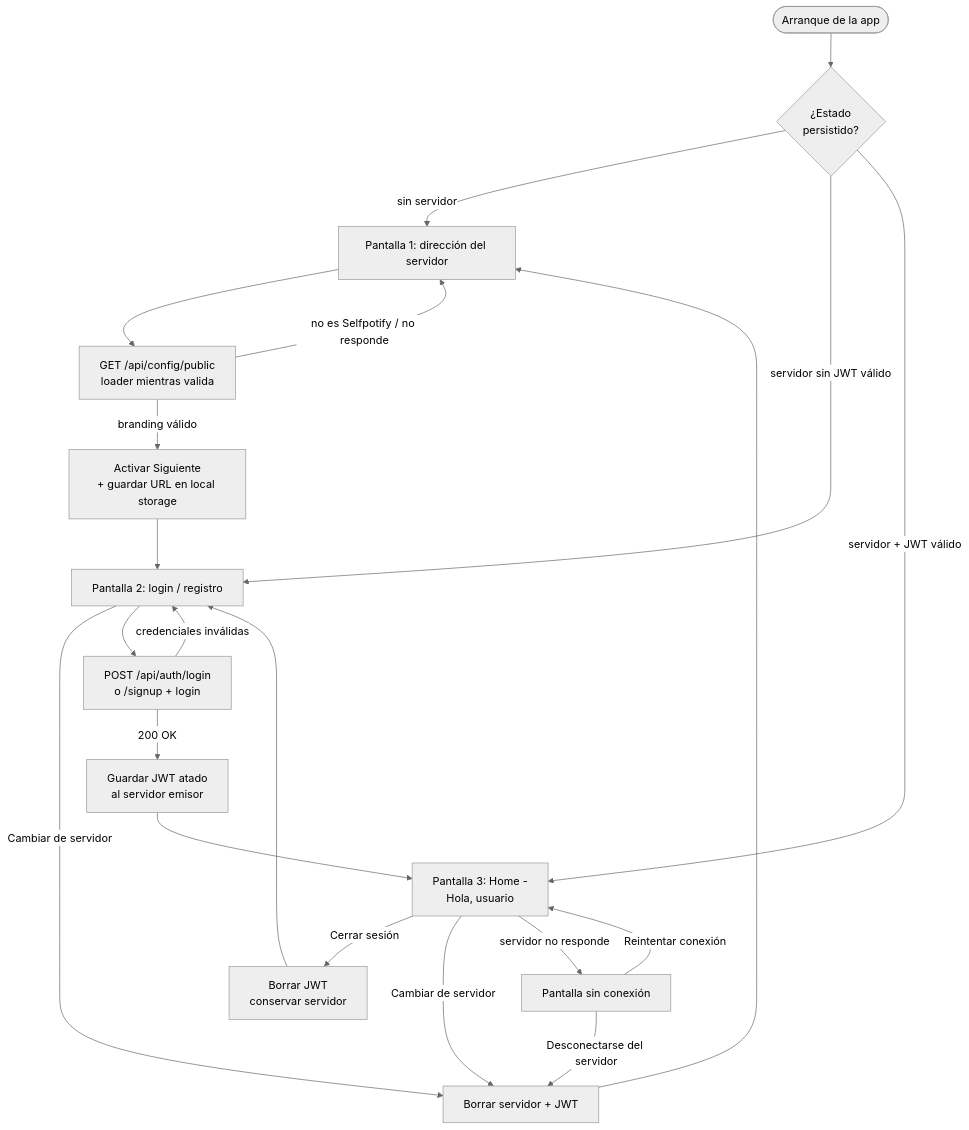
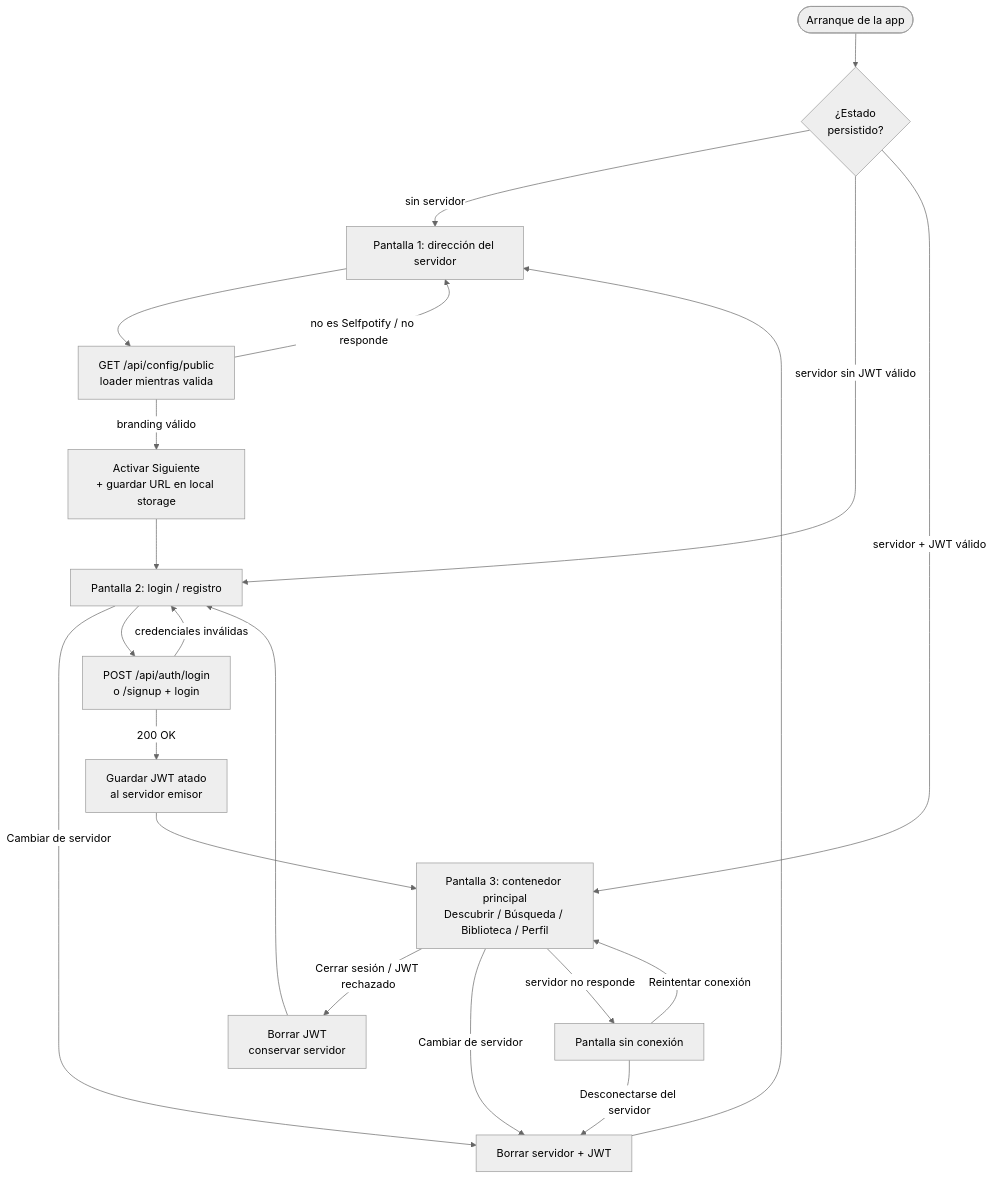
Diagram 13 of 31 in README.md (conguchu/selfpotify), drawn with Mermaid (neutral theme) before and after one commit. The commit also changed other lines of this file, not shown here.

Commit message:
docs: documentar la navegación principal y el reproductor de Android

````diff
--- a/README.md
+++ b/README.md
@@ -774,26 +784,26 @@
 ```mermaid
 flowchart TD
     Launch([Arranque de la app]) --> Check{¿Estado<br/>persistido?}
     Check -- sin servidor --> S1
     Check -- servidor sin JWT válido --> S2
     Check -- servidor + JWT válido --> S3
 
     S1[Pantalla 1: dirección del servidor] --> Validate[GET /api/config/public<br/>loader mientras valida]
     Validate -- no es Selfpotify / no responde --> S1
     Validate -- branding válido --> Enable[Activar Siguiente<br/>+ guardar URL en local storage]
     Enable --> S2
 
     S2[Pantalla 2: login / registro] -->|Cambiar de servidor| Forget[Borrar servidor + JWT]
     Forget --> S1
     S2 --> Auth[POST /api/auth/login<br/>o /signup + login]
     Auth -- credenciales inválidas --> S2
     Auth -- 200 OK --> SaveJwt[Guardar JWT atado<br/>al servidor emisor]
     SaveJwt --> S3
 
-    S3[Pantalla 3: Home -<br/>Hola, usuario] -->|Cerrar sesión| ClrJwt[Borrar JWT<br/>conservar servidor]
+    S3[Pantalla 3: contenedor principal<br/>Descubrir / Búsqueda / Biblioteca / Perfil] -->|Cerrar sesión / JWT rechazado| ClrJwt[Borrar JWT<br/>conservar servidor]
     ClrJwt --> S2
     S3 -->|Cambiar de servidor| Forget
     S3 -->|servidor no responde| S4[Pantalla sin conexión]
     S4 -->|Reintentar conexión| S3
     S4 -->|Desconectarse del servidor| Forget
 ```
````
